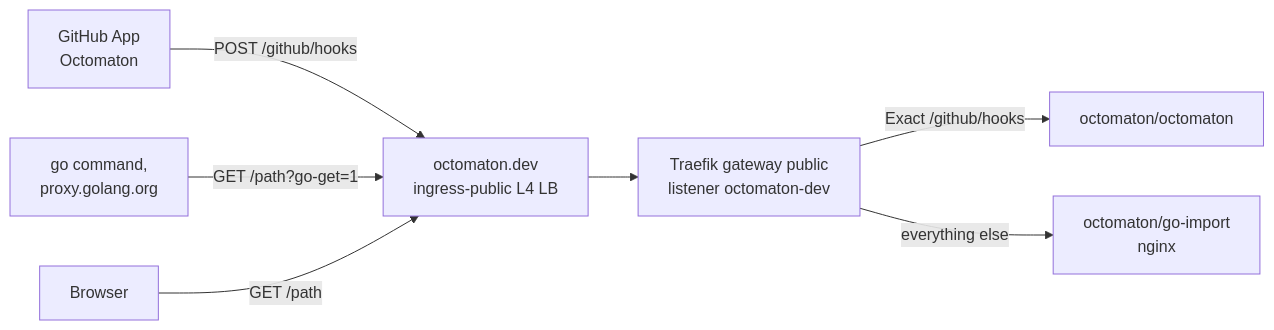
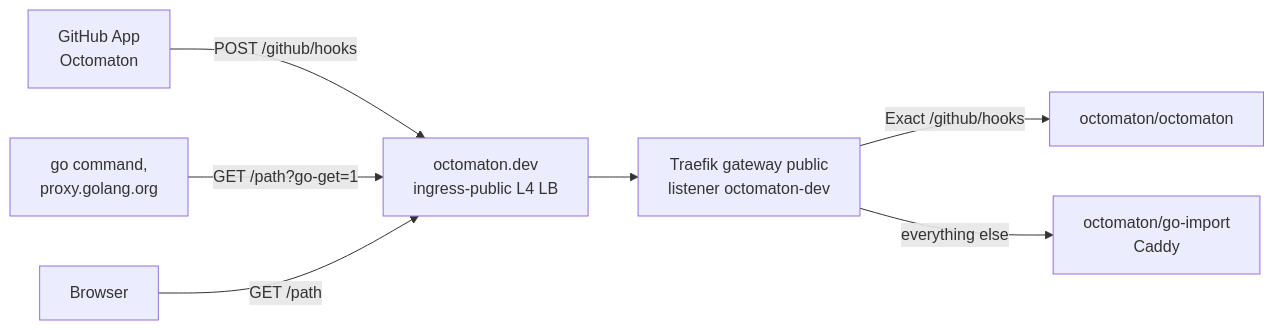
Before and after one commit to arikkfir-org/docs: the first of 2 diagrams in hub/designs/octomaton-dev.md, drawn with Mermaid. The commit also changed other lines of this file and 3 other files, not shown here.

First line of the commit message:
docs(hub): serve the docs site and the go-import page with Caddy

````diff
--- a/hub/designs/octomaton-dev.md
+++ b/hub/designs/octomaton-dev.md
@@ -10,9 +10,9 @@
 ```mermaid
 flowchart LR
   GH["GitHub App<br/>Octomaton"] -->|"POST /github/hooks"| LB
   GO["go command,<br/>proxy.golang.org"] -->|"GET /path?go-get=1"| LB
   BR["Browser"] -->|"GET /path"| LB
   LB["octomaton.dev<br/>ingress-public L4 LB"] --> GW["Traefik gateway public<br/>listener octomaton-dev"]
   GW -->|"Exact /github/hooks"| OC["octomaton/octomaton"]
-  GW -->|"everything else"| GI["octomaton/go-import<br/>nginx"]
+  GW -->|"everything else"| GI["octomaton/go-import<br/>Caddy"]
 ```
````
